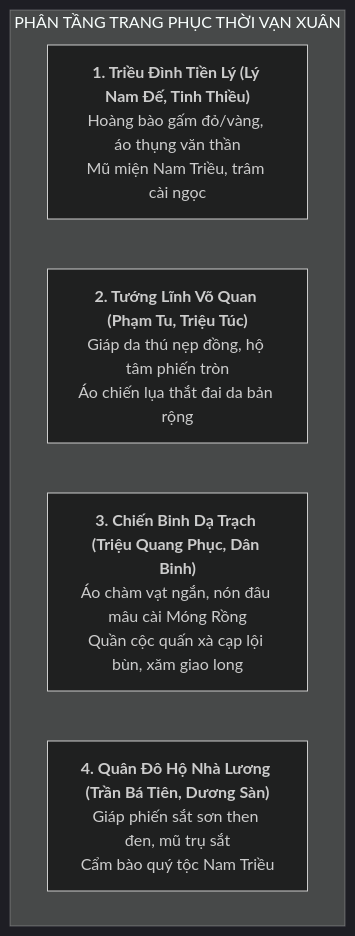
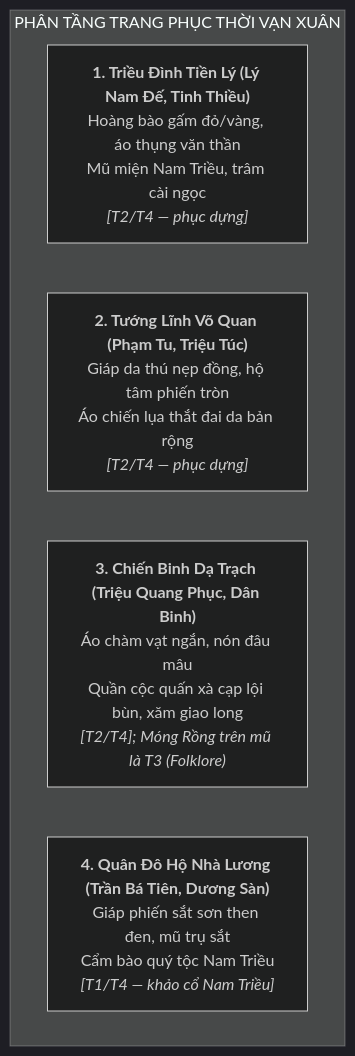
One commit to LightDucan/HuyenSu-TD changed the diagram in docs/drafts/viet-su/van-xuan/military-and-material-culture.md. Above: the diagram before and after it, drawn with Mermaid (dark theme). The commit also changed other lines of this file and 3 other files, not shown here.

````diff
--- a/docs/drafts/viet-su/van-xuan/military-and-material-culture.md
+++ b/docs/drafts/viet-su/van-xuan/military-and-material-culture.md
@@ -13,9 +19,9 @@
 ```mermaid
 graph TD
     subgraph PHÂN TẦNG TRANG PHỤC THỜI VẠN XUÂN
-        C1["<b>1. Triều Đình Tiền Lý (Lý Nam Đế, Tinh Thiều)</b><br>Hoàng bào gấm đỏ/vàng, áo thụng văn thần<br>Mũ miện Nam Triều, trâm cài ngọc"]
-        C2["<b>2. Tướng Lĩnh Võ Quan (Phạm Tu, Triệu Túc)</b><br>Giáp da thú nẹp đồng, hộ tâm phiến tròn<br>Áo chiến lụa thắt đai da bản rộng"]
-        C3["<b>3. Chiến Binh Dạ Trạch (Triệu Quang Phục, Dân Binh)</b><br>Áo chàm vạt ngắn, nón đâu mâu cài Móng Rồng<br>Quần cộc quấn xà cạp lội bùn, xăm giao long"]
-        C4["<b>4. Quân Đô Hộ Nhà Lương (Trần Bá Tiên, Dương Sàn)</b><br>Giáp phiến sắt sơn then đen, mũ trụ sắt<br>Cẩm bào quý tộc Nam Triều"]
+        C1["<b>1. Triều Đình Tiền Lý (Lý Nam Đế, Tinh Thiều)</b><br>Hoàng bào gấm đỏ/vàng, áo thụng văn thần<br>Mũ miện Nam Triều, trâm cài ngọc<br><i>[T2/T4 — phục dựng]</i>"]
+        C2["<b>2. Tướng Lĩnh Võ Quan (Phạm Tu, Triệu Túc)</b><br>Giáp da thú nẹp đồng, hộ tâm phiến tròn<br>Áo chiến lụa thắt đai da bản rộng<br><i>[T2/T4 — phục dựng]</i>"]
+        C3["<b>3. Chiến Binh Dạ Trạch (Triệu Quang Phục, Dân Binh)</b><br>Áo chàm vạt ngắn, nón đâu mâu<br>Quần cộc quấn xà cạp lội bùn, xăm giao long<br><i>[T2/T4]; Móng Rồng trên mũ là T3 (Folklore)</i>"]
+        C4["<b>4. Quân Đô Hộ Nhà Lương (Trần Bá Tiên, Dương Sàn)</b><br>Giáp phiến sắt sơn then đen, mũ trụ sắt<br>Cẩm bào quý tộc Nam Triều<br><i>[T1/T4 — khảo cổ Nam Triều]</i>"]
     end
 ```
````
